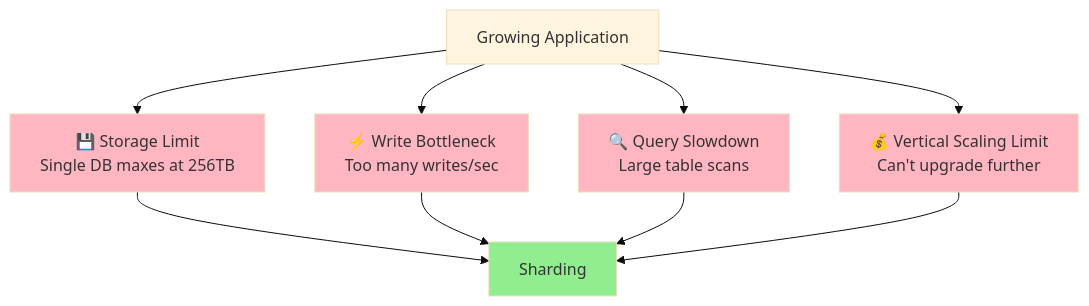
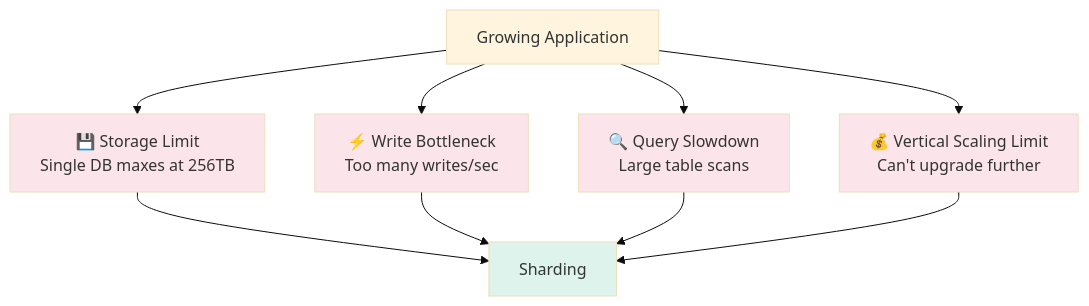
The first of 46 diagrams in LLD/CoreConcepts/Sharding.md (cartmancodes/InterviewVault), drawn with Mermaid (base theme) before and after one commit. The commit also changed other lines of this file and 679 other files, not shown here.

Commit message:
Unify content diagrams and add accessible visual walkthroughs

````diff
--- a/LLD/CoreConcepts/Sharding.md
+++ b/LLD/CoreConcepts/Sharding.md
@@ -21,20 +21,20 @@
 ```mermaid
 graph TB
     START[Growing Application]
     
     START --> PROB1[💾 Storage Limit<br/>Single DB maxes at 256TB]
     START --> PROB2[⚡ Write Bottleneck<br/>Too many writes/sec]
     START --> PROB3[🔍 Query Slowdown<br/>Large table scans]
     START --> PROB4[💰 Vertical Scaling Limit<br/>Can't upgrade further]
     
     PROB1 --> SOLUTION[Sharding]
     PROB2 --> SOLUTION
     PROB3 --> SOLUTION
     PROB4 --> SOLUTION
     
-    style PROB1 fill:#FFB6C1
-    style PROB2 fill:#FFB6C1
-    style PROB3 fill:#FFB6C1
-    style PROB4 fill:#FFB6C1
-    style SOLUTION fill:#90EE90
+    style PROB1 fill:#FCE5EA
+    style PROB2 fill:#FCE5EA
+    style PROB3 fill:#FCE5EA
+    style PROB4 fill:#FCE5EA
+    style SOLUTION fill:#DDF3EC
 ```
````
